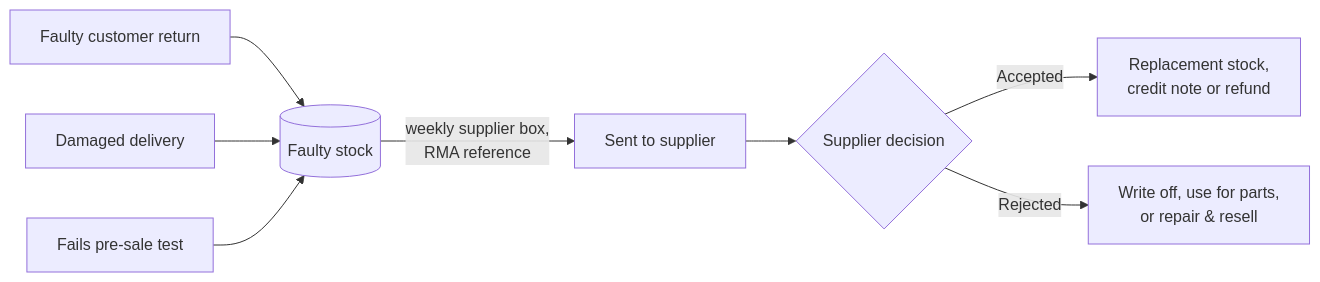
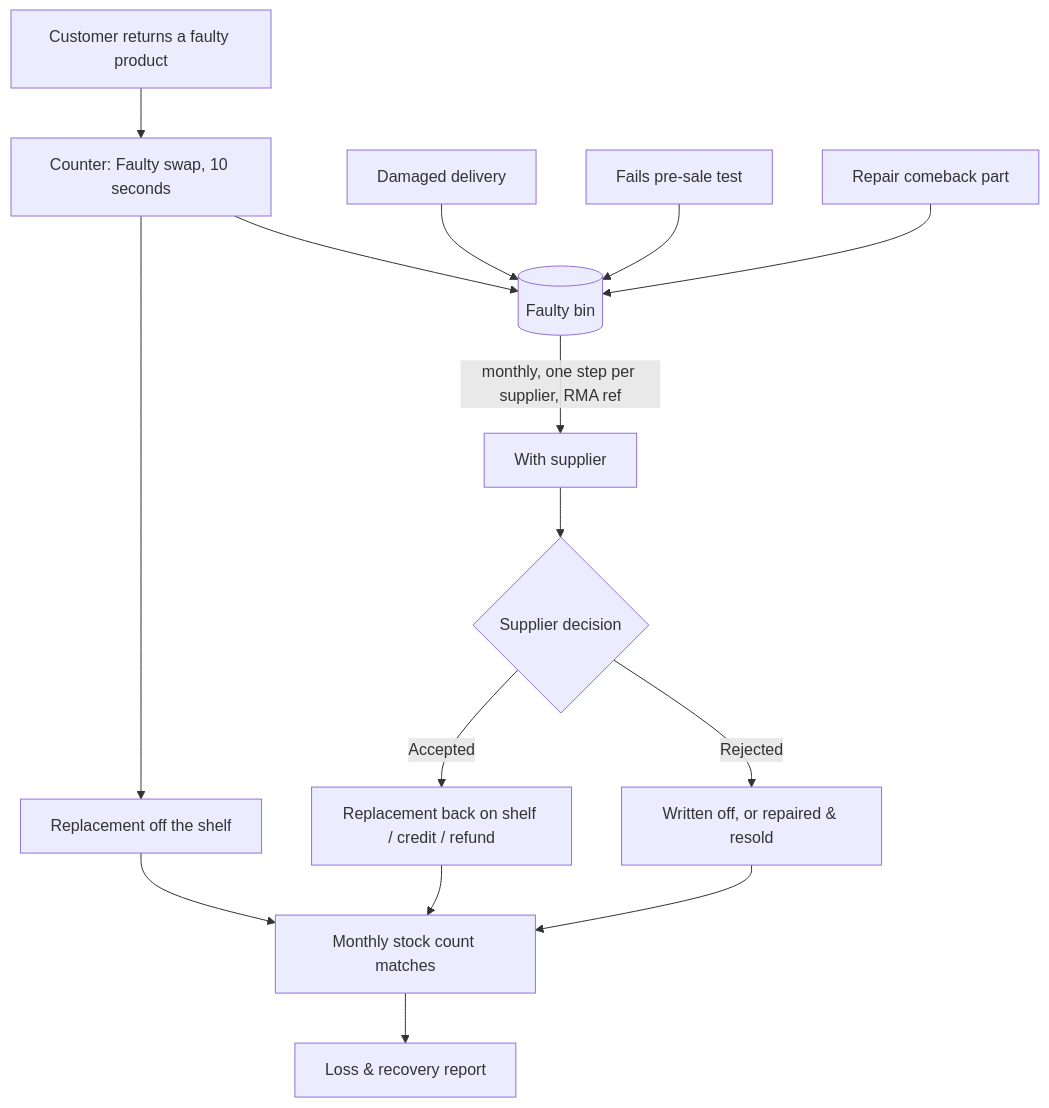
Before and after one commit to sanjayprakash-git/returns-tracker: the third of 3 diagrams in docs/requirements.md, drawn with Mermaid. The commit also changed other lines of this file and 16 other files, not shown here.

Commit message:
Docs, screenshots and KPI polish for the faulty stock rebuild

````diff
--- a/docs/requirements.md
+++ b/docs/requirements.md
@@ -268,10 +224,15 @@
 ```mermaid
-flowchart LR
-    A[Faulty customer return] --> D[(Faulty stock)]
-    B[Damaged delivery] --> D
-    C[Fails pre-sale test] --> D
-    D -->|weekly supplier box,<br/>RMA reference| E[Sent to supplier]
-    E --> F{Supplier decision}
-    F -->|Accepted| G[Replacement stock,<br/>credit note or refund]
-    F -->|Rejected| H[Write off, use for parts,<br/>or repair & resell]
+flowchart TD
+    A[Customer returns a faulty product] --> B[Counter: Faulty swap, 10 seconds]
+    B --> C[Replacement off the shelf]
+    B --> D[(Faulty bin)]
+    E[Damaged delivery] --> D
+    F[Fails pre-sale test] --> D
+    G[Repair comeback part] --> D
+    D -->|monthly, one step per supplier, RMA ref| H[With supplier]
+    H --> I{Supplier decision}
+    I -->|Accepted| J[Replacement back on shelf / credit / refund]
+    I -->|Rejected| K[Written off, or repaired & resold]
+    C & J & K --> L[Monthly stock count matches]
+    L --> M[Loss & recovery report]
 ```
````
